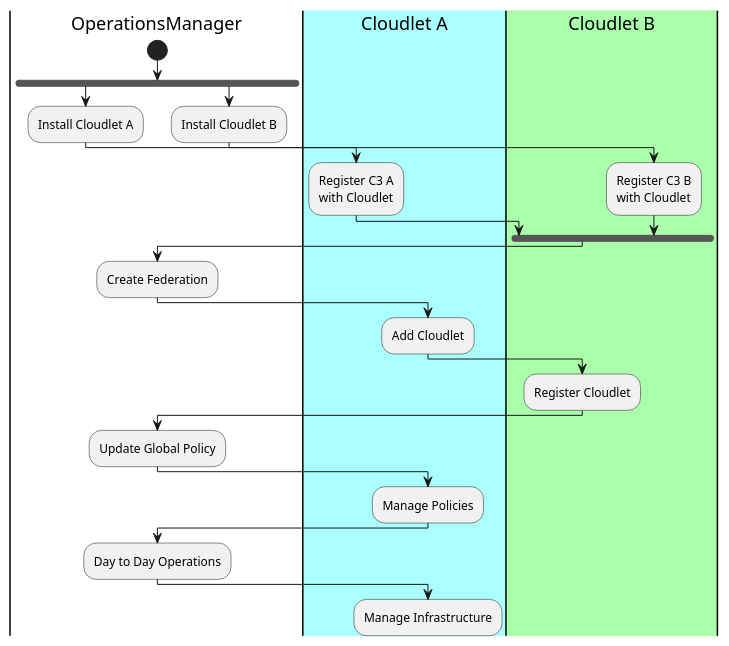
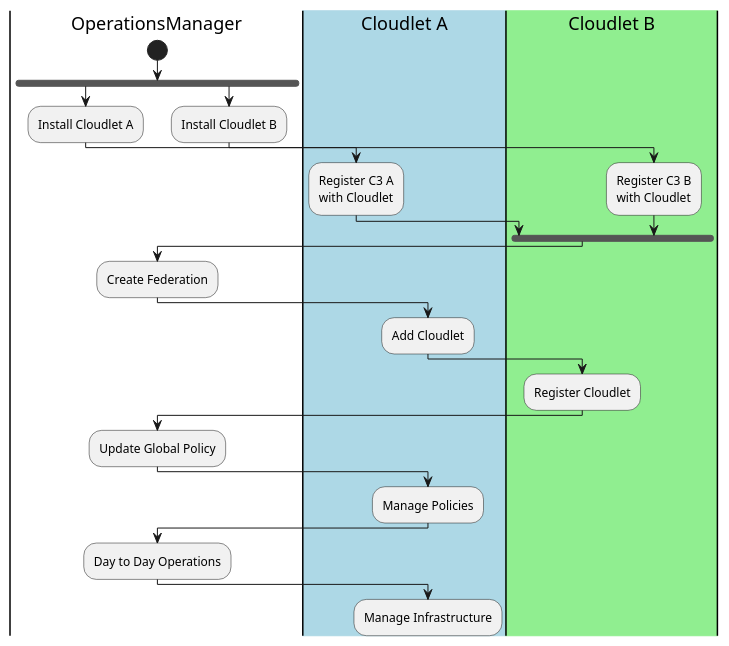
One commit to CAADE/CloudLet changed the diagram in docs/Actors/Operations-Manager/Workflow.puml. Above: the diagram before and after it, drawn with PlantUML. The commit also changed 74 other files, not shown here.

```diff
--- a/docs/Actors/Operations-Manager/Workflow.puml
+++ b/docs/Actors/Operations-Manager/Workflow.puml
@@ -1,29 +1,29 @@
 @startuml
 |OperationsManager|
 start
 fork
 :Install Cloudlet A;
-|#aaffff|Cloudlet A|
+|#lightblue|Cloudlet A|
 :Register C3 A\nwith Cloudlet;
 fork again
 |OperationsManager|
 :Install Cloudlet B;
-|#aaffaa|Cloudlet B|
+|#lightgreen|Cloudlet B|
 :Register C3 B\nwith Cloudlet;
 end fork
 |OperationsManager|
 :Create Federation;
 |Cloudlet A|
 :Add Cloudlet;
 |Cloudlet B|
 :Register Cloudlet;
 |OperationsManager|
 :Update Global Policy;
 |Cloudlet A|
 :Manage Policies;
 |OperationsManager|
 :Day to Day Operations;
 |Cloudlet A|
 :Manage Infrastructure;
 
 @enduml
```
